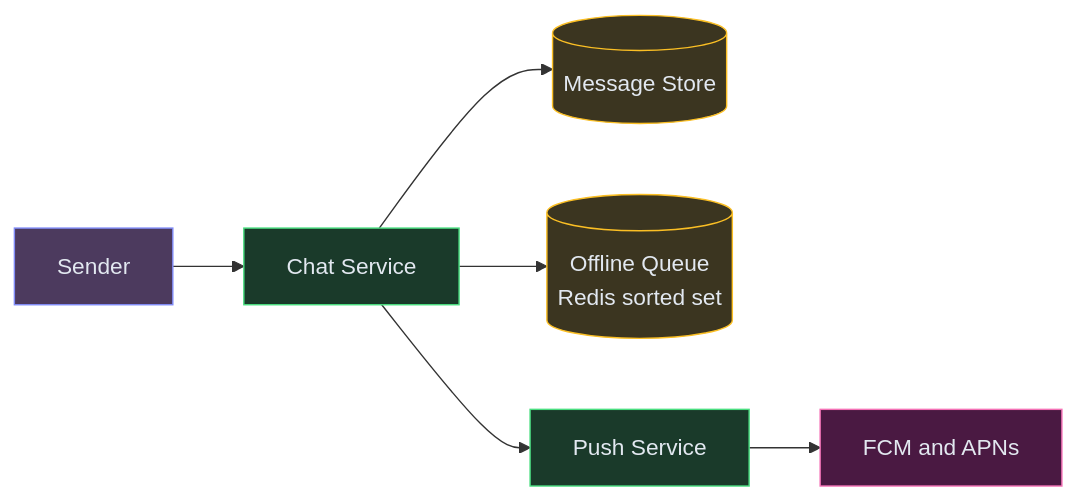
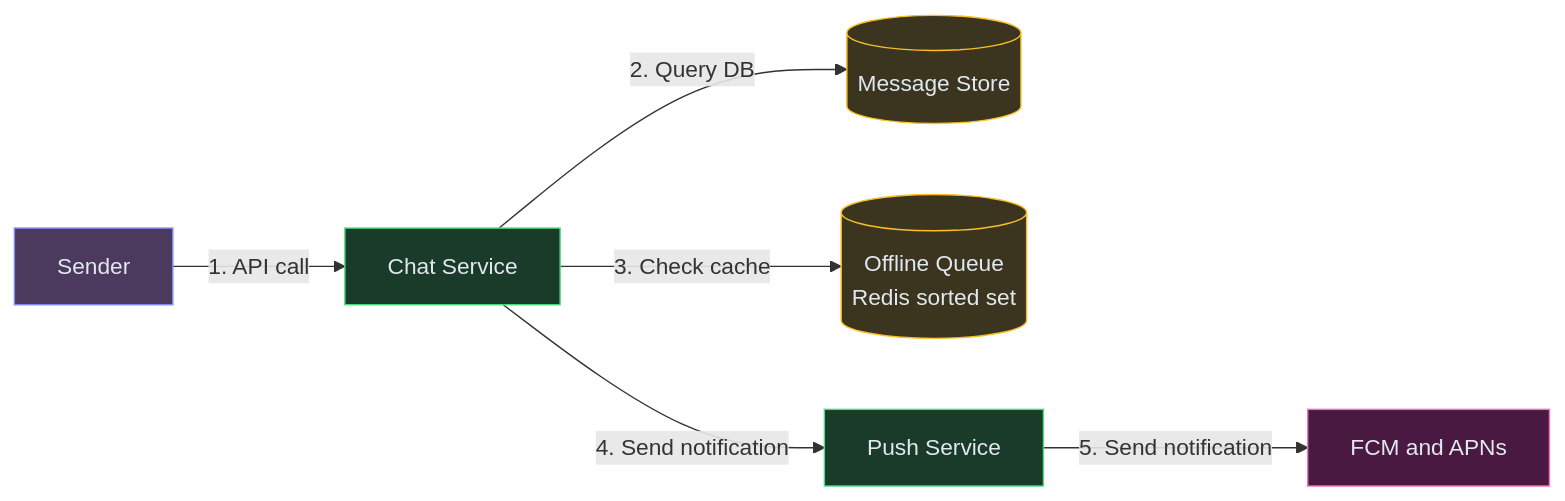
The fourth of 6 diagrams in content/hld/ChatSystem.md (iluzn/HLD-Designs), drawn with Mermaid before and after one commit. The commit also changed other lines of this file and 27 other files, not shown here.

````diff
--- a/content/hld/ChatSystem.md
+++ b/content/hld/ChatSystem.md
@@ -231,20 +231,20 @@
 ```mermaid
 flowchart LR
     SENDER["Sender"]:::client
     CHAT["Chat Service"]:::service
     STORE[("Message Store")]:::data
     OFFLINE[("Offline Queue<br/>Redis sorted set")]:::data
     PUSH["Push Service"]:::service
     FCM["FCM and APNs"]:::external
 
-    SENDER --> CHAT
-    CHAT --> STORE
-    CHAT --> OFFLINE
-    CHAT --> PUSH
-    PUSH --> FCM
+    SENDER -->|"1. API call"| CHAT
+    CHAT -->|"2. Query DB"| STORE
+    CHAT -->|"3. Check cache"| OFFLINE
+    CHAT -->|"4. Send notification"| PUSH
+    PUSH -->|"5. Send notification"| FCM
 
     classDef client fill:#4c3a5e,stroke:#818cf8,color:#e2e8f0
     classDef service fill:#1a3a2a,stroke:#4ade80,color:#e2e8f0
     classDef data fill:#3b3520,stroke:#fbbf24,color:#e2e8f0
     classDef external fill:#4a1942,stroke:#f472b6,color:#e2e8f0
 ```
````
